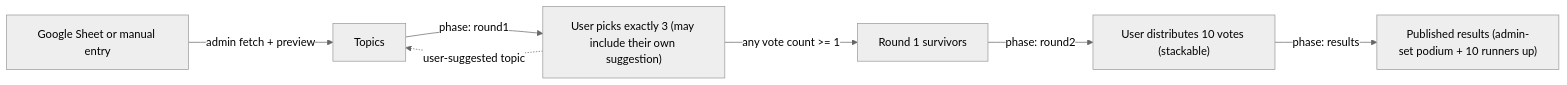
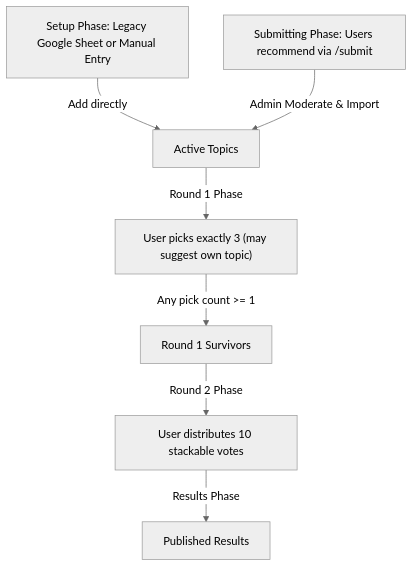
Before and after one commit to cgarren/music-league-voting: the first of 2 diagrams in README.md, drawn with Mermaid (neutral theme). The commit also changed other lines of this file and 1 other file, not shown here.

Commit message:
feat: add submissions phase to voting workflow and update documentation to reflect new user recommendation flow.

````diff
--- a/README.md
+++ b/README.md
@@ -31,9 +21,9 @@
 ```mermaid
-flowchart LR
-  Sheet[Google Sheet or manual entry] -->|admin fetch + preview| Topics
-  R1Vote -.->|user-suggested topic| Topics
-  Topics -->|phase: round1| R1Vote["User picks exactly 3 (may include their own suggestion)"]
-  R1Vote -->|any vote count >= 1| Survivors[Round 1 survivors]
-  Survivors -->|phase: round2| R2Vote["User distributes 10 votes (stackable)"]
-  R2Vote -->|phase: results| Published["Published results (admin-set podium + 10 runners up)"]
+flowchart TD
+  Setup[Setup Phase: Legacy Google Sheet or Manual Entry] -->|Add directly| Topics[Active Topics]
+  Submitting[Submitting Phase: Users recommend via /submit] -->|Admin Moderate & Import| Topics
+  Topics -->|Round 1 Phase| R1Vote["User picks exactly 3 (may suggest own topic)"]
+  R1Vote -->|Any pick count >= 1| Survivors[Round 1 Survivors]
+  Survivors -->|Round 2 Phase| R2Vote["User distributes 10 stackable votes"]
+  R2Vote -->|Results Phase| Published["Published Results"]
 ```
````
